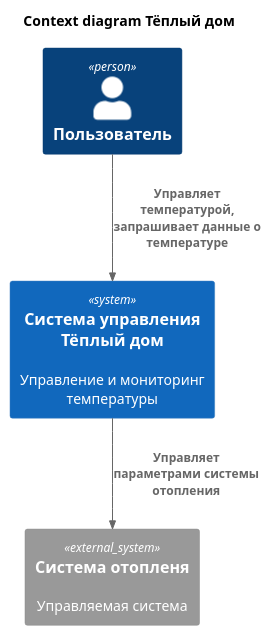
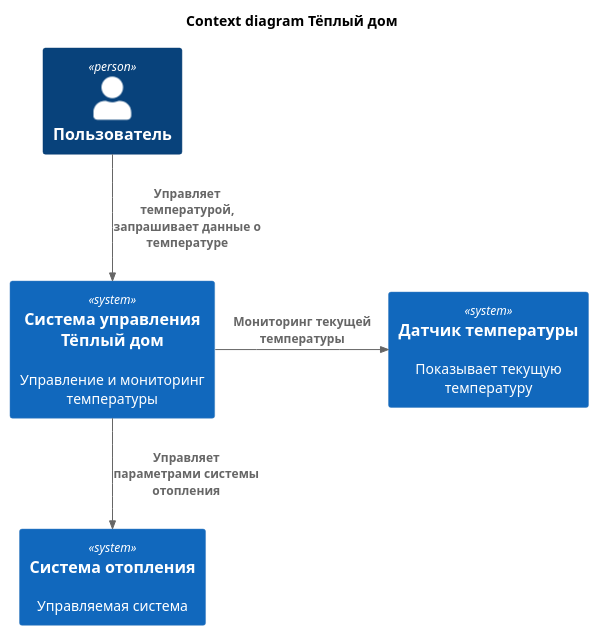
The diagram in context.puml (markovkaDada/architecture-sprint-3), drawn with PlantUML before and after one commit. The commit also changed 3 other files, not shown here.

```diff
--- a/context.puml
+++ b/context.puml
@@ -1,14 +1,16 @@
 @startuml
 !include C4/C4_Context.puml
 
 title Context diagram Тёплый дом
 
 Person(user, "Пользователь")
 
-System(system, "Система управления Тёплый дом", "Управление и мониторинг температуры")
-System_Ext(system_ext, "Система отопленя", "Управляемая система")
+System(system_user, "Система управления Тёплый дом", "Управление и мониторинг температуры")
+System(system_device, "Система отопления", "Управляемая система")
+System(sensor, "Датчик температуры", "Показывает текущую температуру")
 
-Rel(user, system, "Управляет температурой, запрашивает данные о температуре")
-Rel(system, system_ext, "Управляет параметрами системы отопления")
+Rel(user, system_user, "Управляет температурой, запрашивает данные о температуре")
+Rel(system_user, system_device, "Управляет параметрами системы отопления")
+Rel_R(system_user, sensor, "Мониторинг текущей температуры")
 
 @enduml
```
